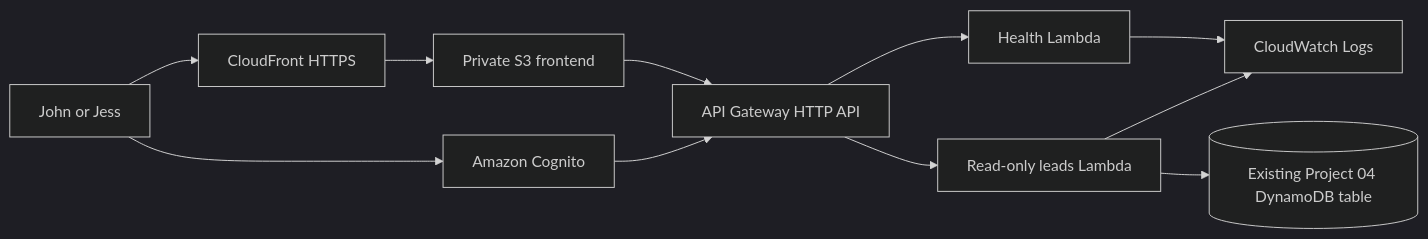
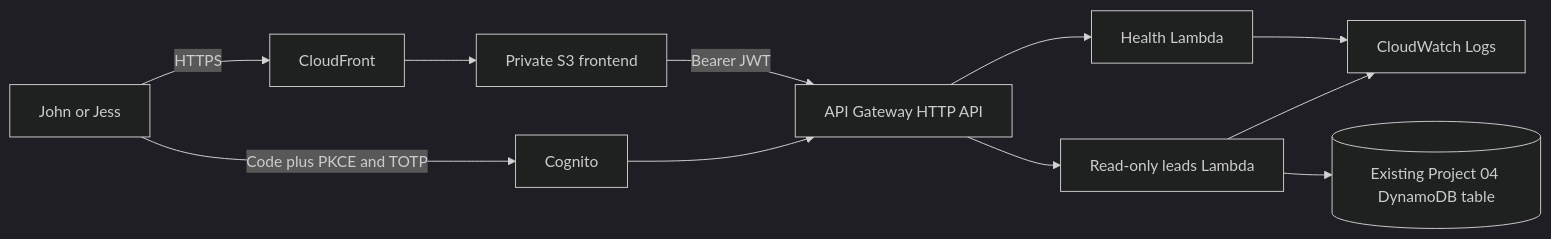
One commit to johnfentoncloud/project-06-f4f-operations-dashboard changed the diagram in README.md. Above: the diagram before and after it, drawn with Mermaid (dark theme). The commit also changed other lines of this file and 29 other files, not shown here.

````diff
--- a/README.md
+++ b/README.md
@@ -17,13 +18,13 @@
 ```mermaid
 flowchart LR
-    Owner[John or Jess] --> CF[CloudFront HTTPS]
+    Owner[John or Jess] -->|HTTPS| CF[CloudFront]
     CF --> S3[Private S3 frontend]
-    Owner --> Cognito[Amazon Cognito]
-    S3 --> API[API Gateway HTTP API]
+    Owner -->|Code plus PKCE and TOTP| Cognito[Cognito]
+    S3 -->|Bearer JWT| API[API Gateway HTTP API]
     Cognito --> API
     API --> Health[Health Lambda]
     API --> Leads[Read-only leads Lambda]
     Leads --> Existing[(Existing Project 04 DynamoDB table)]
     Health --> Logs[CloudWatch Logs]
     Leads --> Logs
 ```
````
